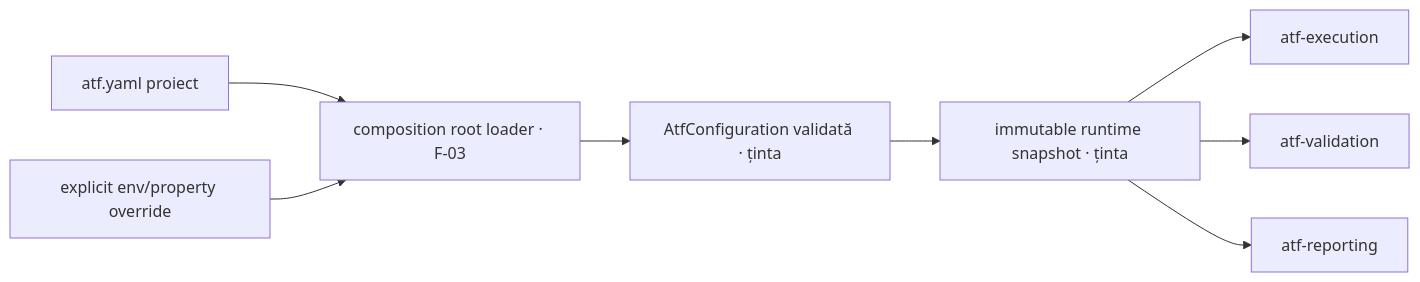
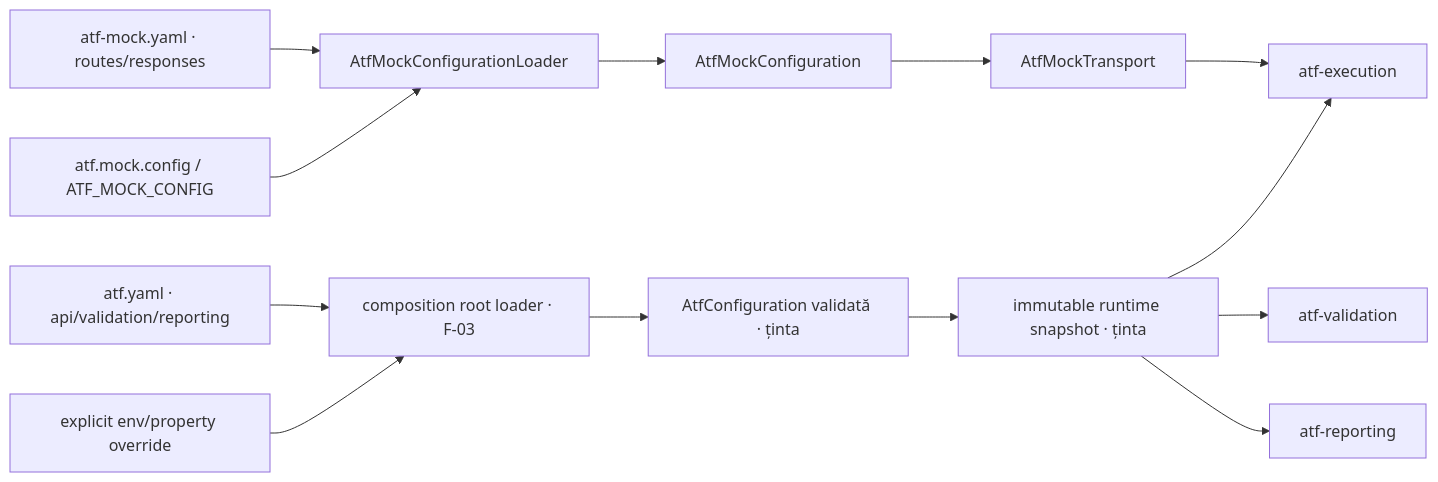
The fifth of 7 diagrams in docs/ATF_Architecture.md (crististefanita/demo2), drawn with Mermaid before and after one commit. The commit also changed other lines of this file and 48 other files, not shown here.

Commit message:
Complete Java ATF UI and mock integration

```diff
--- a/docs/ATF_Architecture.md
+++ b/docs/ATF_Architecture.md
@@ -166,10 +172,15 @@
 ~~~mermaid
 flowchart LR
-    Yaml[atf.yaml proiect] --> Loader[composition root loader · F-03]
+    General[atf.yaml · api/validation/reporting] --> Loader[composition root loader · F-03]
+    MockYaml[atf-mock.yaml · routes/responses] --> MockLoader[AtfMockConfigurationLoader]
+    MockOverride[atf.mock.config / ATF_MOCK_CONFIG] --> MockLoader
     Env[explicit env/property override] --> Loader
     Loader --> Config[AtfConfiguration validată · ținta]
     Config --> Snapshot[immutable runtime snapshot · ținta]
     Snapshot --> Execution[atf-execution]
     Snapshot --> Validation[atf-validation]
     Snapshot --> Reporting[atf-reporting]
+    MockLoader --> MockSnapshot[AtfMockConfiguration]
+    MockSnapshot --> MockTransport[AtfMockTransport]
+    MockTransport --> Execution
 ~~~
```
